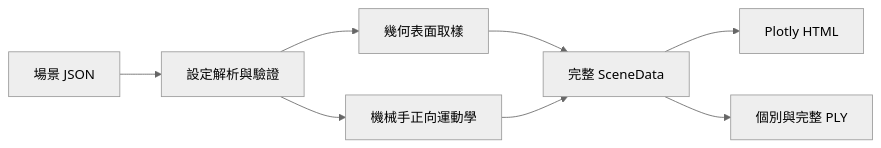
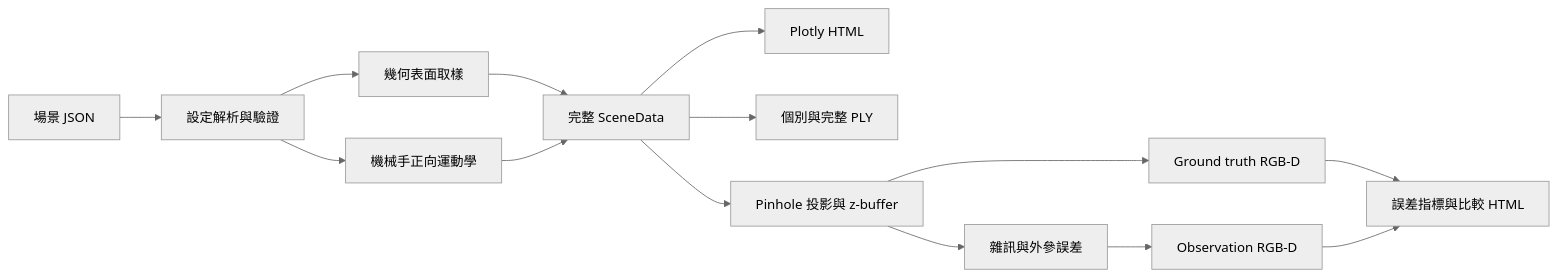
Before and after one commit to zack7515/SimGrasp3D-Lab: the diagram in README.md, drawn with Mermaid (neutral theme). The commit also changed other lines of this file and 16 other files, not shown here.

````diff
--- a/README.md
+++ b/README.md
@@ -111,10 +124,16 @@
 ```mermaid
 flowchart LR
     A[場景 JSON] --> B[設定解析與驗證]
     B --> C[幾何表面取樣]
     B --> D[機械手正向運動學]
     C --> E[完整 SceneData]
     D --> E
     E --> F[Plotly HTML]
     E --> G[個別與完整 PLY]
+    E --> H[Pinhole 投影與 z-buffer]
+    H --> I[Ground truth RGB-D]
+    H --> J[雜訊與外參誤差]
+    J --> K[Observation RGB-D]
+    I --> L[誤差指標與比較 HTML]
+    K --> L
 ```
````
